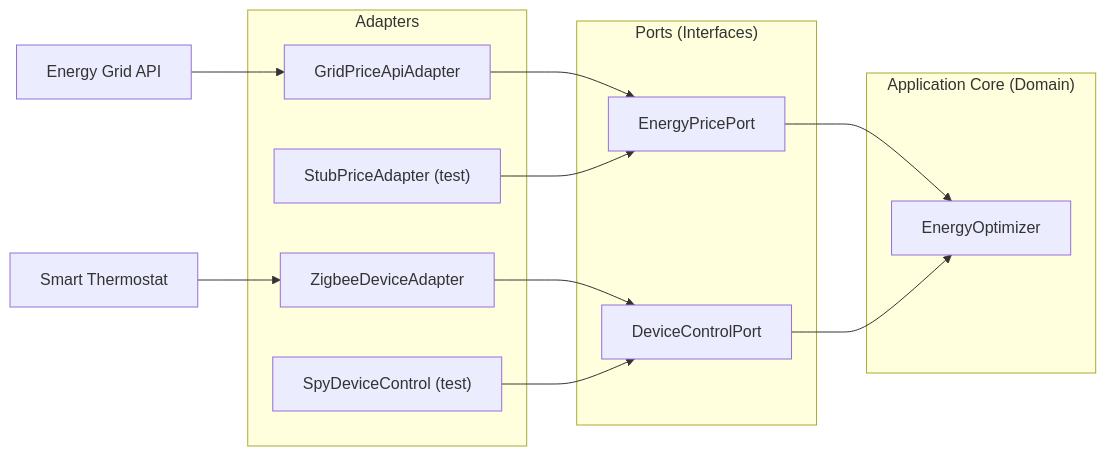
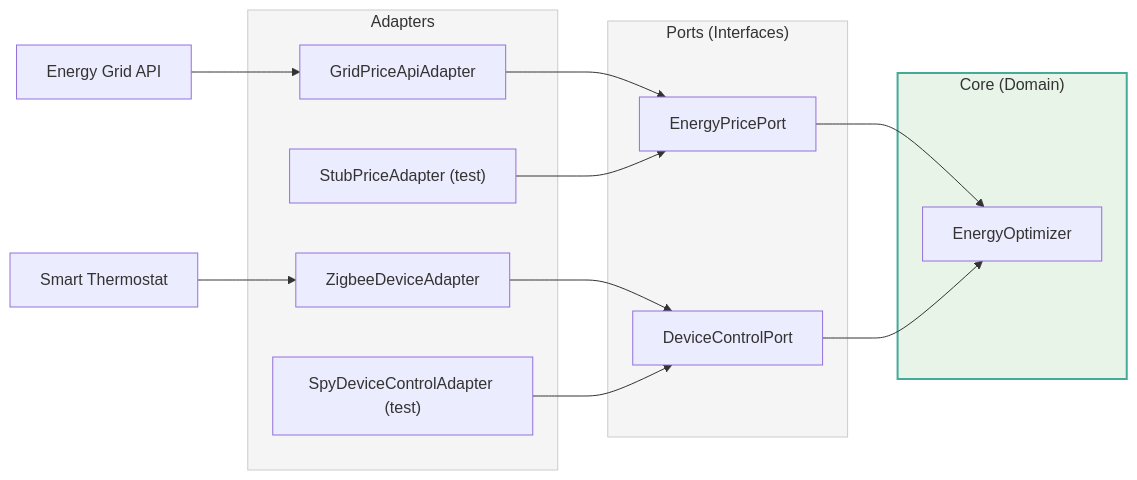
Before and after one commit to neu-pdi/cs3100-public-resources: the first of 6 diagrams in lecture-slides-spertus/l16-testability.mdx, drawn with Mermaid. The commit also changed other lines of this file and 1 other file, not shown here.

````diff
--- a/lecture-slides-spertus/l16-testability.mdx
+++ b/lecture-slides-spertus/l16-testability.mdx
@@ -768,26 +765,30 @@
 ```mermaid
 graph LR
     API["Energy Grid API"]
     HW["Smart Thermostat"]
 
     subgraph Adapters["Adapters"]
         AA["GridPriceApiAdapter"]
         HA["ZigbeeDeviceAdapter"]
         SA["StubPriceAdapter (test)"]
-        SD["SpyDeviceControl (test)"]
+        SD["SpyDeviceControlAdapter (test)"]
     end
 
     subgraph Ports["Ports (Interfaces)"]
         EP["EnergyPricePort"]
         DP["DeviceControlPort"]
     end
 
-    subgraph Core["Application Core (Domain)"]
+    subgraph Core["Core (Domain)"]
         BL["EnergyOptimizer"]
     end
 
     API --> AA --> EP --> BL
     HW --> HA --> DP --> BL
     SA --> EP
     SD --> DP
+
+    style Core fill:#e8f4e8,stroke:#4a9,stroke-width:2px
+    style Ports fill:#f5f5f5,stroke:#ccc
+    style Adapters fill:#f5f5f5,stroke:#ccc
 ```
````
